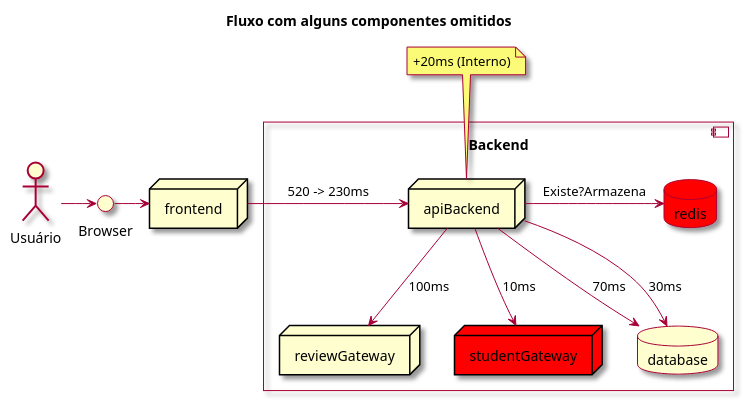
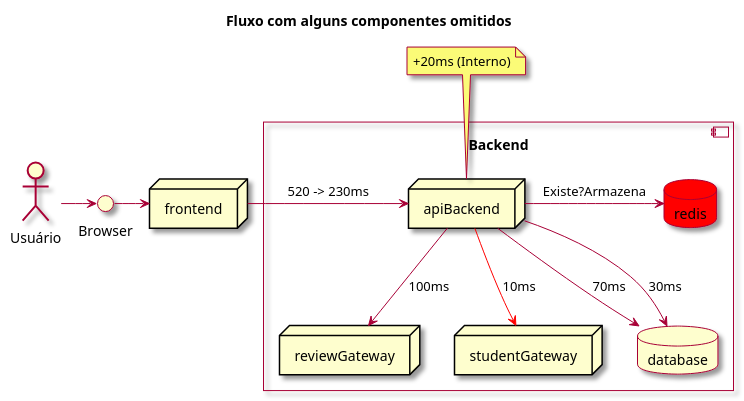
The diagram in docs/diagrams/request-sem-cdn-com-cache-parcial.plantuml (charlesardsilva/lecture-cache-content), drawn with PlantUML before and after one commit.

Commit message:
Update diagram

```diff
--- a/docs/diagrams/request-sem-cdn-com-cache-parcial.plantuml
+++ b/docs/diagrams/request-sem-cdn-com-cache-parcial.plantuml
@@ -1,34 +1,34 @@
 @startuml
 
 skin rose
 
 Title: Fluxo com alguns componentes omitidos
 
 
 actor "Usuário" as actor
 interface "Browser" as browser
 node frontend
 
 actor -> browser
 browser -> frontend
 
 component "Backend\n" {
 
   node "apiBackend" as backend
   node reviewGateway as reviewGateway
-  node studentGateway as studentGateway #red
+  node studentGateway as studentGateway
   database database
   database redis as redis  #red
 
   backend -> redis: Existe?Armazena
   backend --> database: 70ms
   backend --> database: 30ms
   backend --> reviewGateway: 100ms
-  backend --> studentGateway: 10ms
+  backend --> studentGateway #red: 10ms
 
 }
 
 frontend -> backend: 520 -> 230ms
 note top of backend: +20ms (Interno)
 
 @enduml
```
